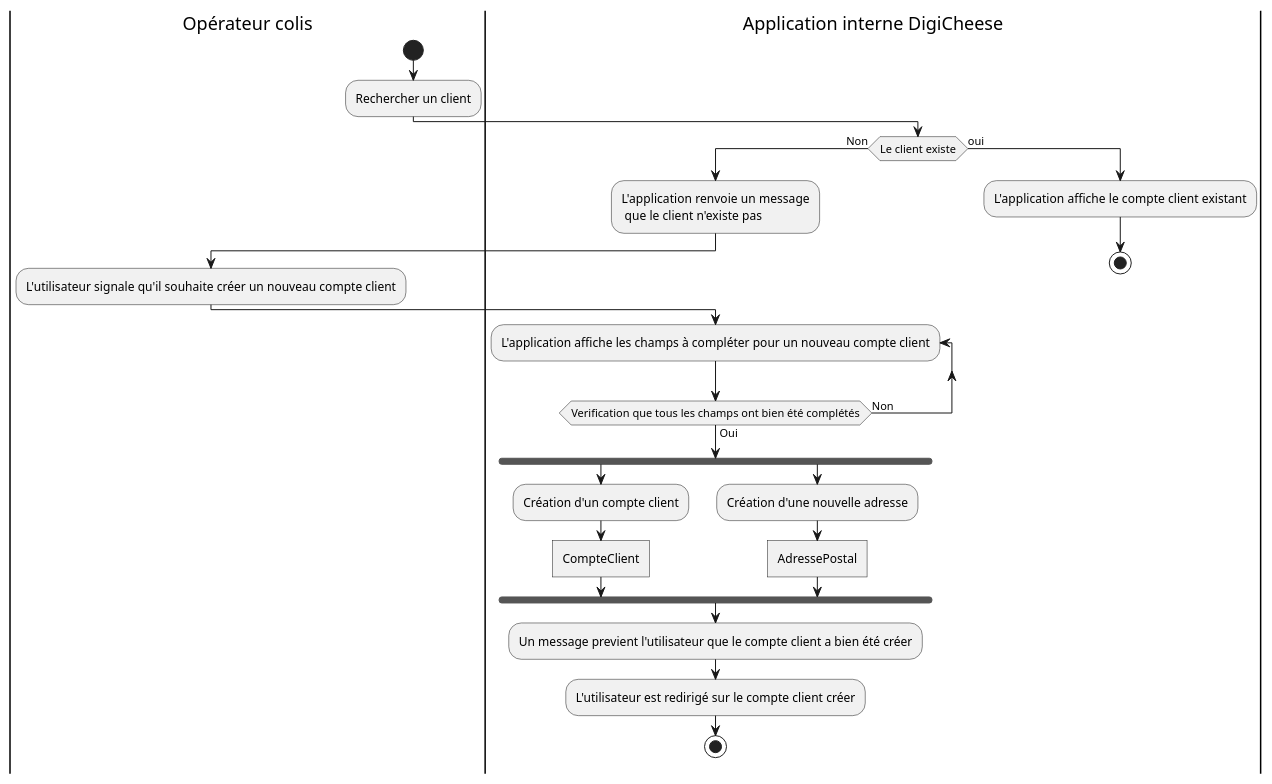
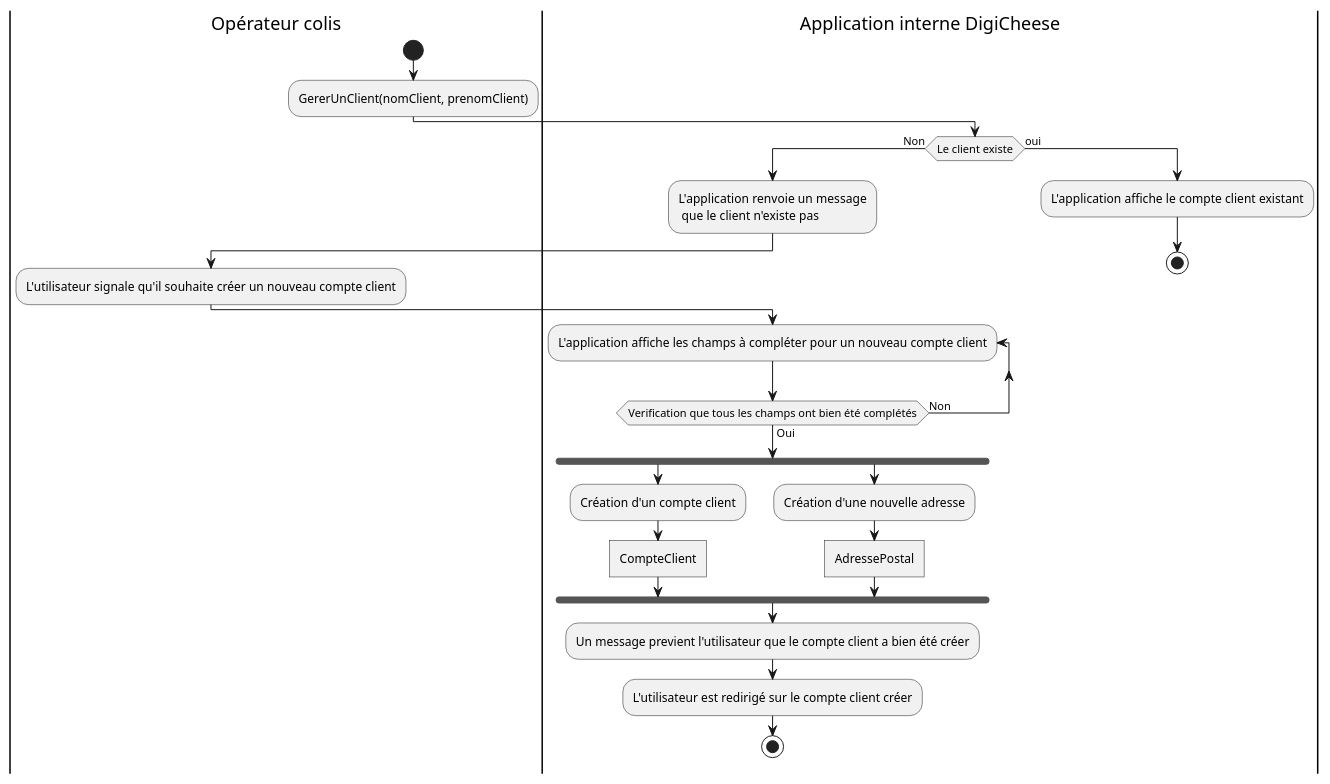
Before and after one commit to Bluwen/Conception_d_une_application_informatique: the diagram in Cas_activite/DA_Creation_Compte_Client.puml, drawn with PlantUML. The commit also changed 3 other files, not shown here.

```diff
--- a/Cas_activite/DA_Creation_Compte_Client.puml
+++ b/Cas_activite/DA_Creation_Compte_Client.puml
@@ -1,34 +1,34 @@
 @startuml création compte client da
 |Opérateur colis|
 start
 
 
-:Rechercher un client;
+:GererUnClient(nomClient, prenomClient);
 |Application interne DigiCheese|
 if (Le client existe) then (Non)
     :L'application renvoie un message\n que le client n'existe pas;
     |Opérateur colis|
     :L'utilisateur signale qu'il souhaite créer un nouveau compte client;
     |Application interne DigiCheese|
     repeat :L'application affiche les champs à compléter pour un nouveau compte client;
     repeat while (Verification que tous les champs ont bien été complétés) is (Non) not (Oui)
 
     fork
         :Création d'un compte client;
         :CompteClient]
 
     fork again
         :Création d'une nouvelle adresse;
         :AdressePostal]
     end fork
     :Un message previent l'utilisateur que le compte client a bien été créer;
     :L'utilisateur est redirigé sur le compte client créer;
 
     stop
 
 else (oui)
     :L'application affiche le compte client existant;
     stop
 
 
 @enduml
```
